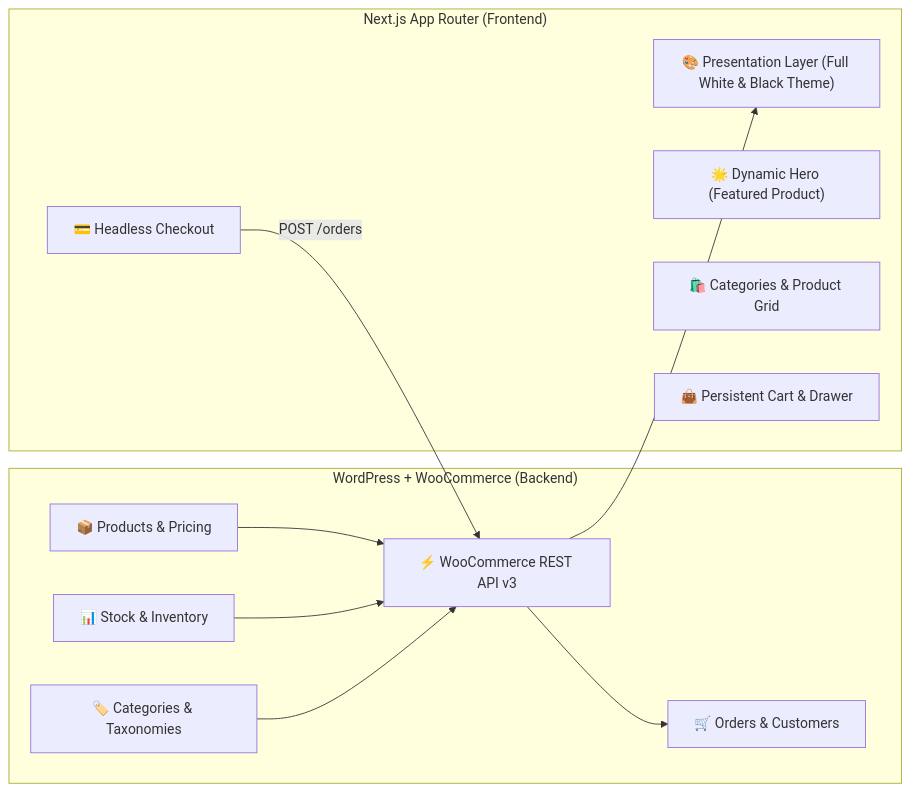
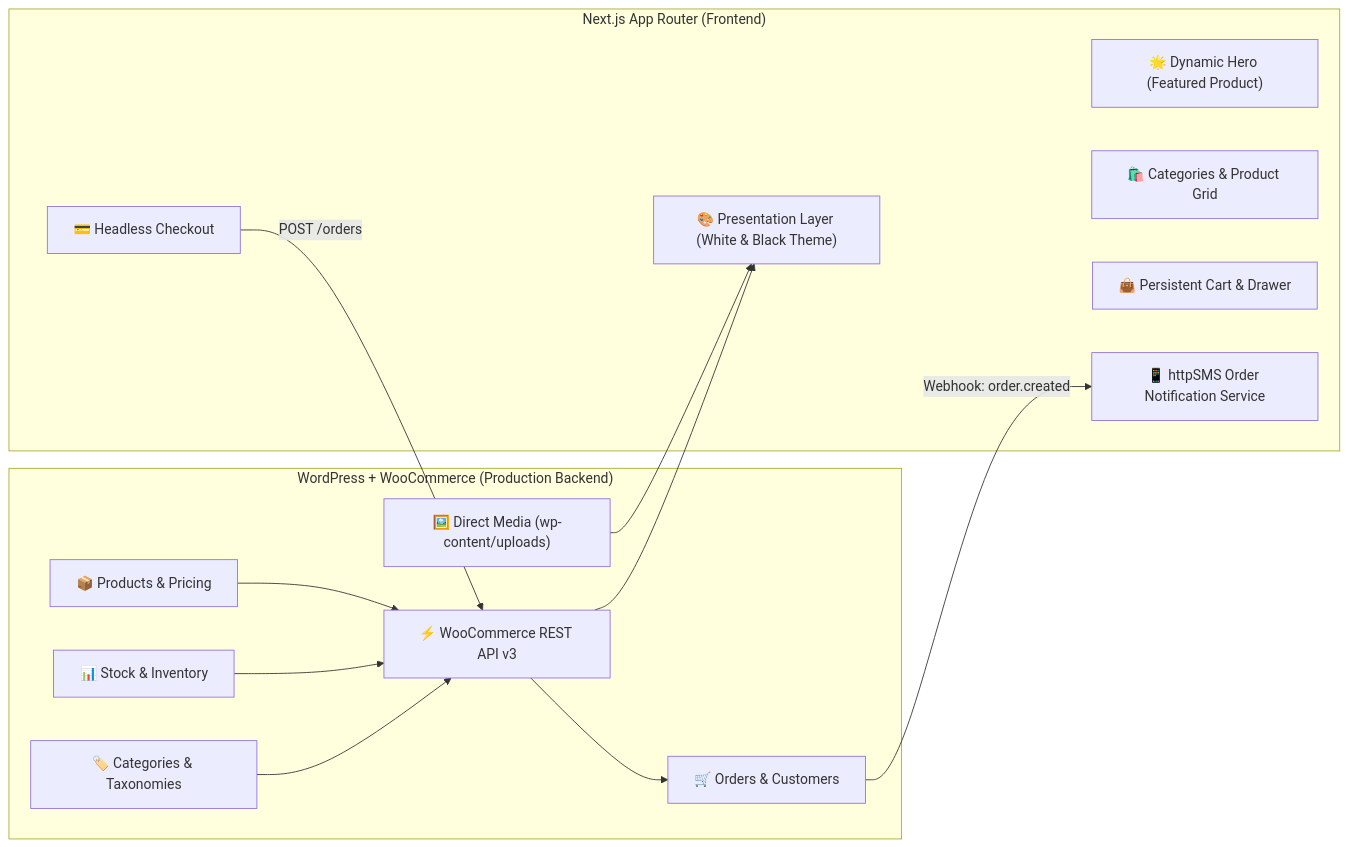
One commit to ashok135/interesting changed the diagram in WOOCOMMERCE_GUIDE.md. Above: the diagram before and after it, drawn with Mermaid. The commit also changed other lines of this file and 10 other files, not shown here.

First line of the commit message:
fix: production direct media URLs and complete removal of local artifacts

````diff
--- a/WOOCOMMERCE_GUIDE.md
+++ b/WOOCOMMERCE_GUIDE.md
@@ -10,25 +10,29 @@
 ```mermaid
 graph LR
-    subgraph WordPress ["WordPress + WooCommerce (Backend)"]
+    subgraph WordPress ["WordPress + WooCommerce (Production Backend)"]
         Products["📦 Products & Pricing"]
         Inventory["📊 Stock & Inventory"]
         Categories["🏷️ Categories & Taxonomies"]
         Orders["🛒 Orders & Customers"]
+        Media["🖼️ Direct Media (wp-content/uploads)"]
         WCApi["⚡ WooCommerce REST API v3"]
     end
 
     subgraph NextJs ["Next.js App Router (Frontend)"]
-        UI["🎨 Presentation Layer (Full White & Black Theme)"]
+        UI["🎨 Presentation Layer (White & Black Theme)"]
         Hero["🌟 Dynamic Hero (Featured Product)"]
         Catalog["🛍️ Categories & Product Grid"]
         Cart["👜 Persistent Cart & Drawer"]
         Checkout["💳 Headless Checkout"]
+        SMS["📱 httpSMS Order Notification Service"]
     end
 
     Products --> WCApi
     Inventory --> WCApi
     Categories --> WCApi
+    Media --> UI
     WCApi --> UI
     Checkout -->|POST /orders| WCApi
     WCApi --> Orders
+    Orders -->|Webhook: order.created| SMS
 ```
````
